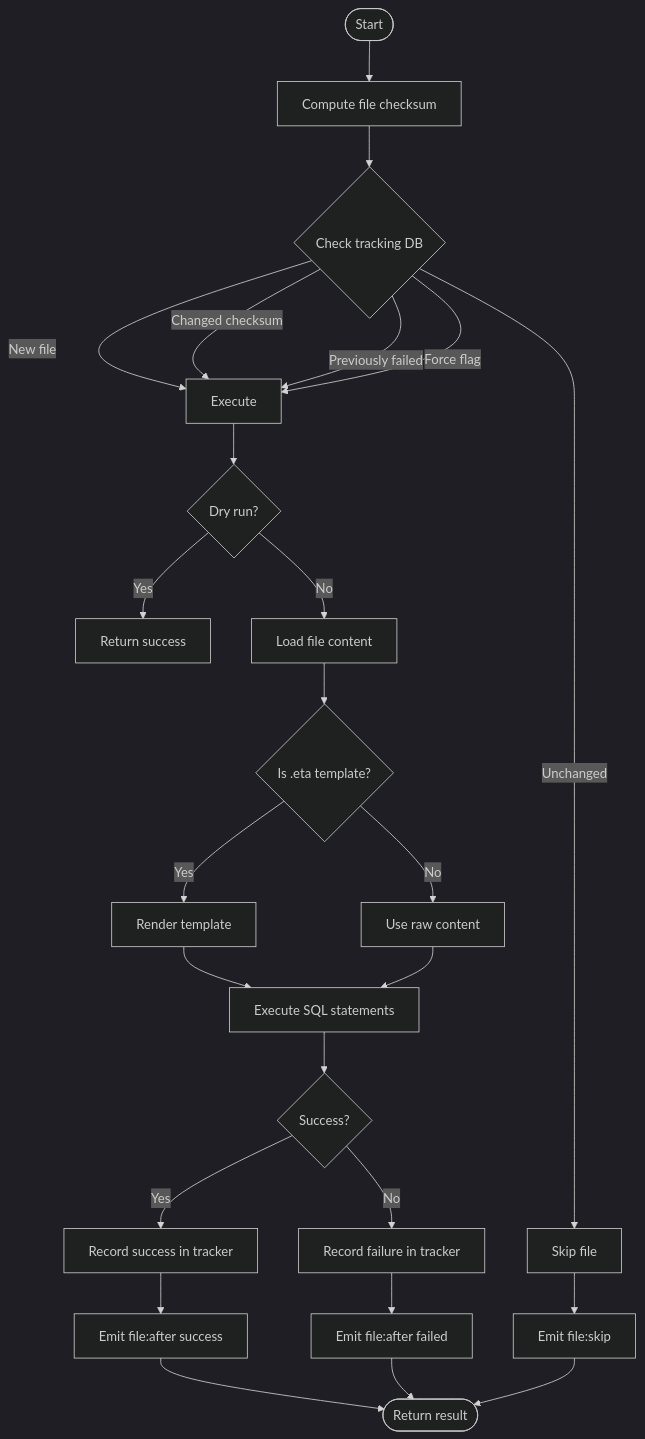
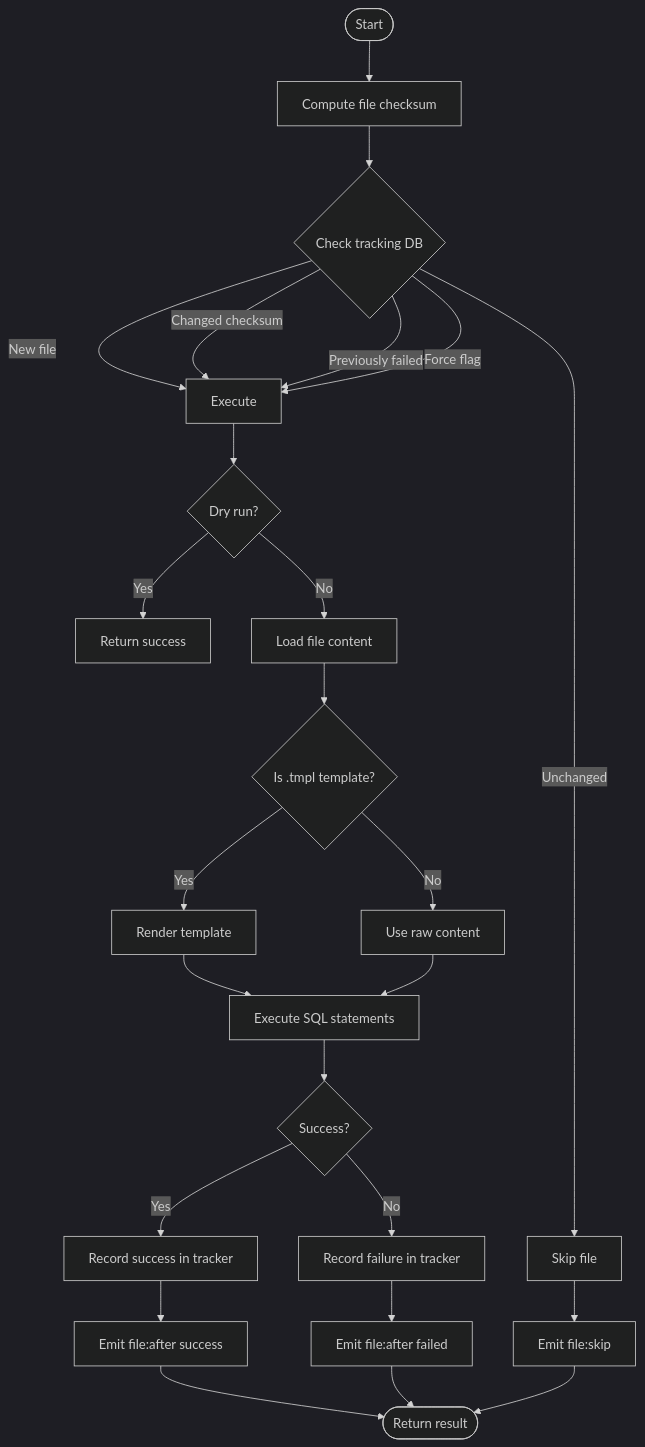
Before and after one commit to noormdev/noorm: the third of 4 diagrams in plan/runner.md, drawn with Mermaid (dark theme). The commit also changed other lines of this file and 32 other files, not shown here.

````diff
--- a/plan/runner.md
+++ b/plan/runner.md
@@ -192,35 +192,35 @@
 ```mermaid
 flowchart TD
     Start([Start]) --> Hash[Compute file checksum]
     Hash --> Query{Check tracking DB}
 
     Query --> |New file| Execute
     Query --> |Changed checksum| Execute
     Query --> |Previously failed| Execute
     Query --> |Force flag| Execute
     Query --> |Unchanged| Skip[Skip file]
 
     Execute --> DryRun{Dry run?}
     DryRun --> |Yes| ReturnSuccess[Return success]
     DryRun --> |No| LoadContent[Load file content]
 
-    LoadContent --> IsTemplate{Is .eta template?}
+    LoadContent --> IsTemplate{Is .tmpl template?}
     IsTemplate --> |Yes| Render[Render template]
     IsTemplate --> |No| RawSQL[Use raw content]
 
     Render --> ExecSQL[Execute SQL statements]
     RawSQL --> ExecSQL
 
     ExecSQL --> Result{Success?}
     Result --> |Yes| RecordSuccess[Record success in tracker]
     Result --> |No| RecordFailure[Record failure in tracker]
 
     RecordSuccess --> EmitSuccess[Emit file:after success]
     RecordFailure --> EmitFailure[Emit file:after failed]
 
     Skip --> EmitSkip[Emit file:skip]
 
     EmitSuccess --> End([Return result])
     EmitFailure --> End
     EmitSkip --> End
 ```
````
